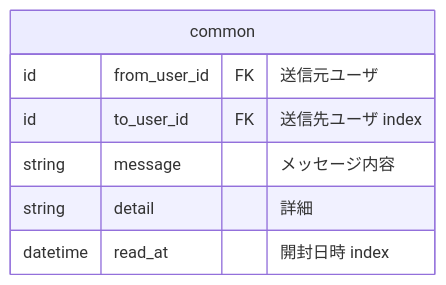
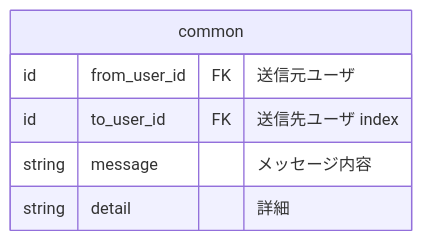
One commit to bright-org/bright changed the first of 2 diagrams in docs/conceptual_schemas/notifications.md. Above: the diagram before and after it, drawn with Mermaid.

Commit message:
不要になった項目削除

````diff
--- a/docs/conceptual_schemas/notifications.md
+++ b/docs/conceptual_schemas/notifications.md
@@ -7,10 +7,9 @@
 ```mermaid
 erDiagram
   common {
     id from_user_id	FK "送信元ユーザ"
     id to_user_id	FK "送信先ユーザ index"
     string message	"メッセージ内容"
     string detail	"詳細"
-    datetime read_at "開封日時 index"
   }
 ```
````
